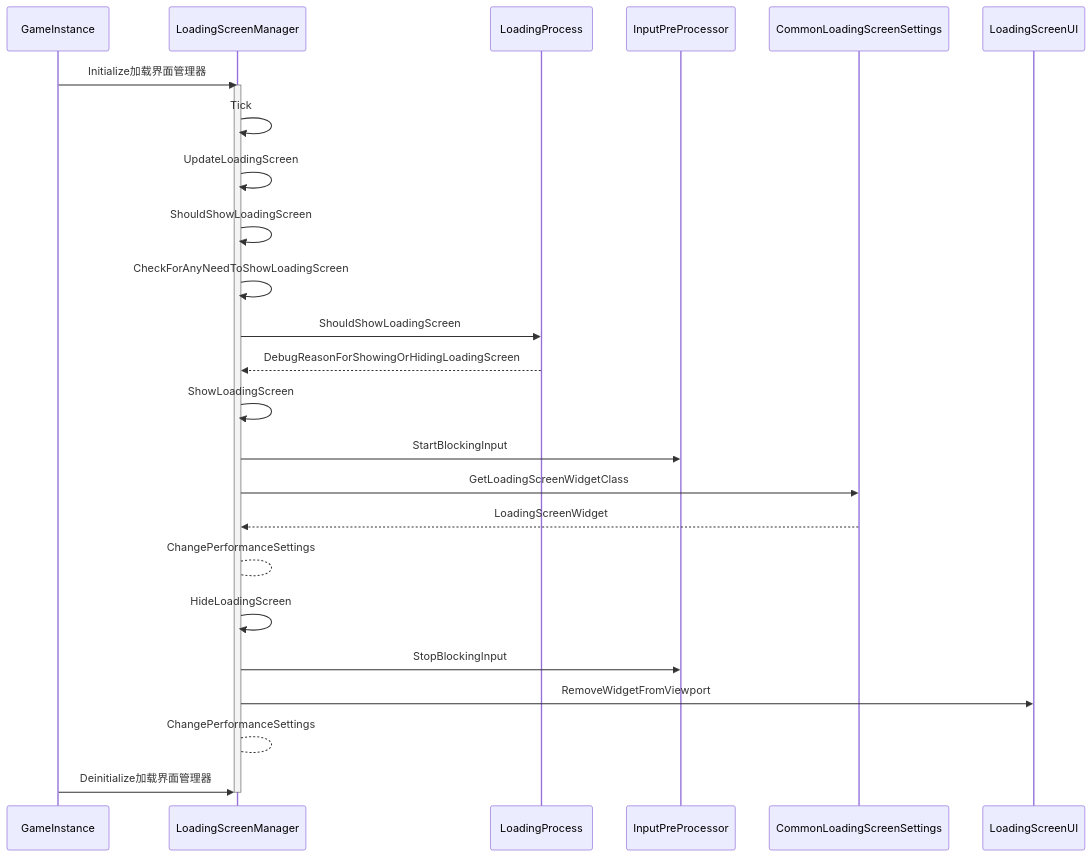
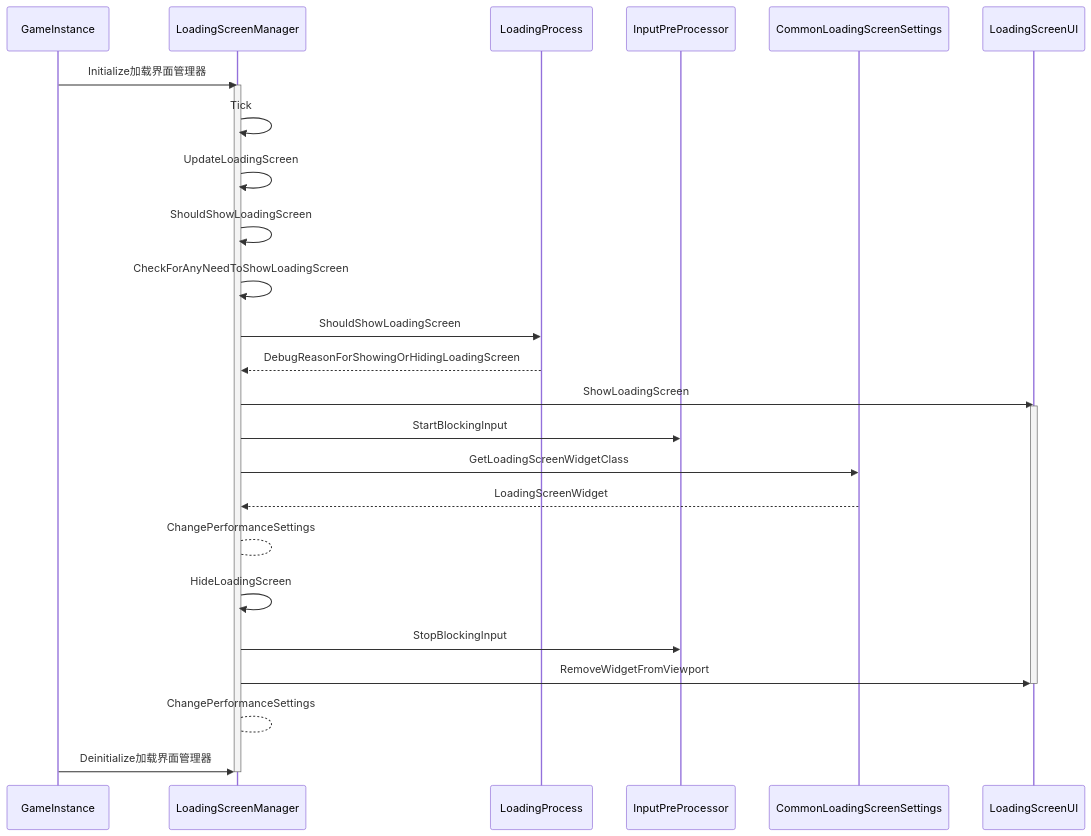
Before and after one commit to D-BugMaker/Markdown: the ninth of 9 diagrams in 技术文档/技术调研/CommonLoadingScreen.md, drawn with Mermaid. The commit also changed other lines of this file and 9 other files, not shown here.

````diff
--- a/技术文档/技术调研/CommonLoadingScreen.md
+++ b/技术文档/技术调研/CommonLoadingScreen.md
@@ -496,36 +498,38 @@
 ```mermaid
 sequenceDiagram
     participant UGameInstanceSubsystem as GameInstance
     participant ULoadingScreenManager as LoadingScreenManager
     participant LoadingProcess as LoadingProcess
     participant InputPreProcessor as InputPreProcessor
     participant CommonLoadingScreenSettings as CommonLoadingScreenSettings
     participant LoadingScreenUI as LoadingScreenUI
     
     
     UGameInstanceSubsystem ->> ULoadingScreenManager: Initialize加载界面管理器
     activate ULoadingScreenManager
     ULoadingScreenManager ->> ULoadingScreenManager: Tick
     ULoadingScreenManager ->> ULoadingScreenManager: UpdateLoadingScreen
     ULoadingScreenManager ->> ULoadingScreenManager: ShouldShowLoadingScreen
     ULoadingScreenManager ->> ULoadingScreenManager: CheckForAnyNeedToShowLoadingScreen
 
     ULoadingScreenManager ->> LoadingProcess:ShouldShowLoadingScreen
     LoadingProcess -->> ULoadingScreenManager:DebugReasonForShowingOrHidingLoadingScreen
     
-    ULoadingScreenManager ->> ULoadingScreenManager: ShowLoadingScreen
+    ULoadingScreenManager ->> LoadingScreenUI: ShowLoadingScreen
+    activate LoadingScreenUI
     ULoadingScreenManager ->> InputPreProcessor : StartBlockingInput
     ULoadingScreenManager ->> CommonLoadingScreenSettings: GetLoadingScreenWidgetClass
     CommonLoadingScreenSettings -->> ULoadingScreenManager: LoadingScreenWidget
     ULoadingScreenManager --> ULoadingScreenManager:ChangePerformanceSettings
     
     ULoadingScreenManager ->> ULoadingScreenManager: HideLoadingScreen
     ULoadingScreenManager ->> InputPreProcessor : StopBlockingInput
     ULoadingScreenManager ->> LoadingScreenUI: RemoveWidgetFromViewport
+    deactivate LoadingScreenUI
     ULoadingScreenManager --> ULoadingScreenManager:ChangePerformanceSettings
 
     
     UGameInstanceSubsystem ->> ULoadingScreenManager: Deinitialize加载界面管理器
     
     deactivate ULoadingScreenManager
 ```
````
